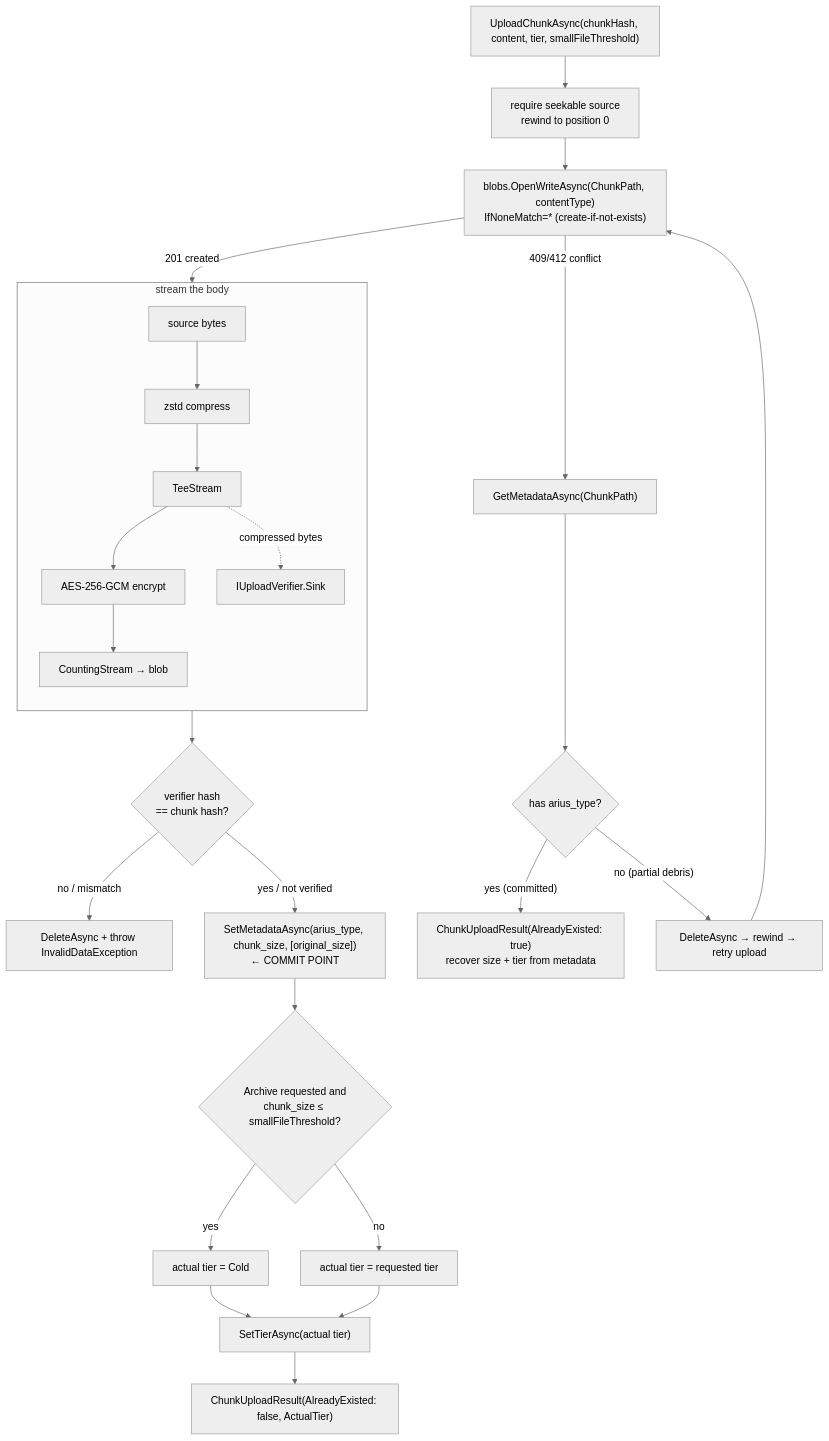
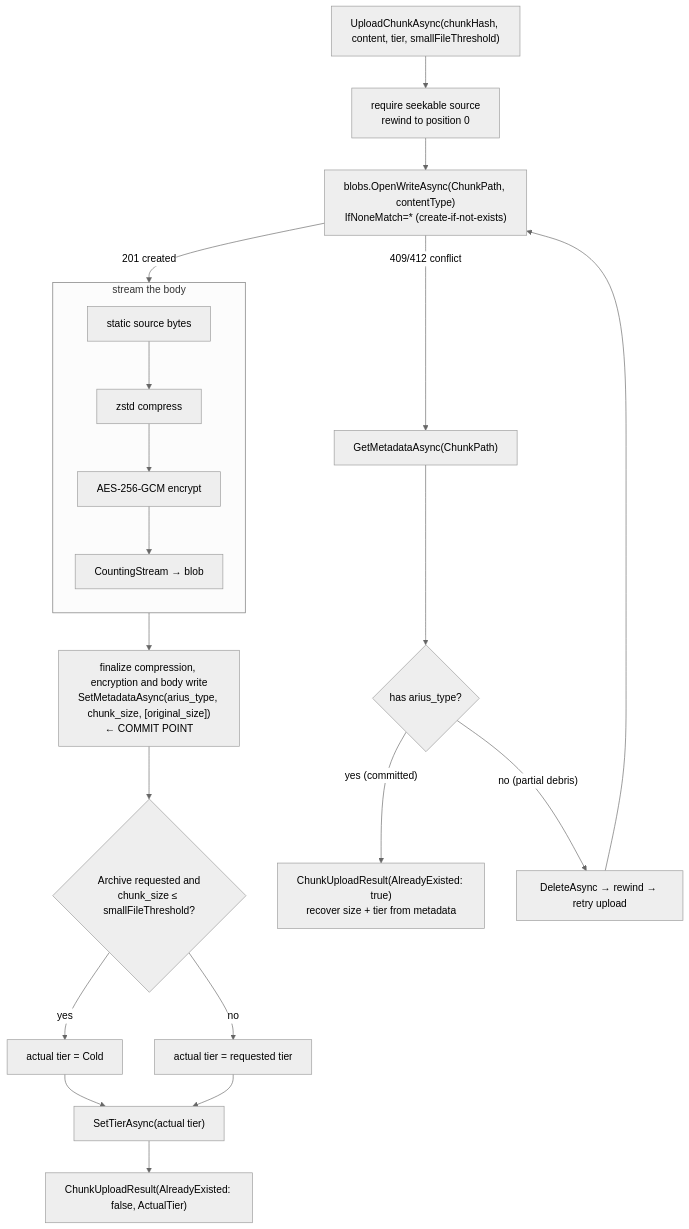
One commit to woutervanranst/Arius7 changed the first of 2 diagrams in docs/design/core/shared/chunk-storage.md. Above: the diagram before and after it, drawn with Mermaid (neutral theme). The commit also changed other lines of this file and 22 other files, not shown here.

````diff
--- a/docs/design/core/shared/chunk-storage.md
+++ b/docs/design/core/shared/chunk-storage.md
@@ -29,29 +29,26 @@
 ```mermaid
 flowchart TD
     Start["UploadChunkAsync(chunkHash, content, tier, smallFileThreshold)"] --> Seek["require seekable source<br/>rewind to position 0"]
     Seek --> Open["blobs.OpenWriteAsync(ChunkPath, contentType)<br/>IfNoneMatch=* (create-if-not-exists)"]
     Open -->|201 created| Pipe
     Open -->|409/412 conflict| Exists
 
     subgraph Pipe["stream the body"]
       direction TB
-      Src["source bytes"] --> Z["zstd compress"] --> Tee["TeeStream"]
-      Tee --> Enc["AES-256-GCM encrypt"] --> Cnt["CountingStream → blob"]
-      Tee -.compressed bytes.-> Ver["IUploadVerifier.Sink"]
+      Src["static source bytes"] --> Z["zstd compress"]
+      Z --> Enc["AES-256-GCM encrypt"] --> Cnt["CountingStream → blob"]
     end
 
-    Pipe --> Verify{"verifier hash<br/>== chunk hash?"}
-    Verify -->|"no / mismatch"| DelFail["DeleteAsync + throw InvalidDataException"]
-    Verify -->|"yes / not verified"| Commit["SetMetadataAsync(arius_type, chunk_size, [original_size])<br/>← COMMIT POINT"]
+    Pipe --> Commit["finalize compression, encryption and body write<br/>SetMetadataAsync(arius_type, chunk_size, [original_size])<br/>← COMMIT POINT"]
     Commit --> Ceil{"Archive requested and<br/>chunk_size ≤ smallFileThreshold?"}
     Ceil -->|yes| Cold["actual tier = Cold"]
     Ceil -->|no| Asked["actual tier = requested tier"]
     Cold --> SetTier
     Asked --> SetTier
     SetTier["SetTierAsync(actual tier)"] --> Done["ChunkUploadResult(AlreadyExisted: false, ActualTier)"]
 
     Exists["GetMetadataAsync(ChunkPath)"] --> HasType{"has arius_type?"}
     HasType -->|"yes (committed)"| Reuse["ChunkUploadResult(AlreadyExisted: true)<br/>recover size + tier from metadata"]
     HasType -->|"no (partial debris)"| Retry["DeleteAsync → rewind → retry upload"]
     Retry --> Open
 ```
````
